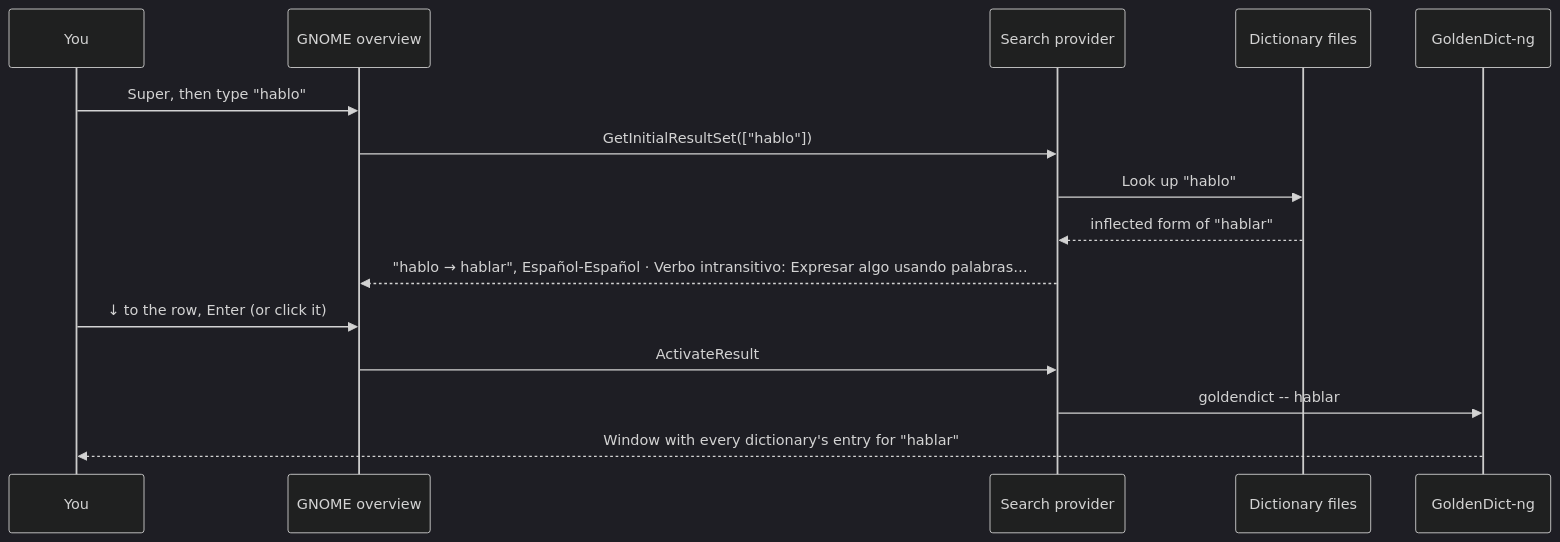
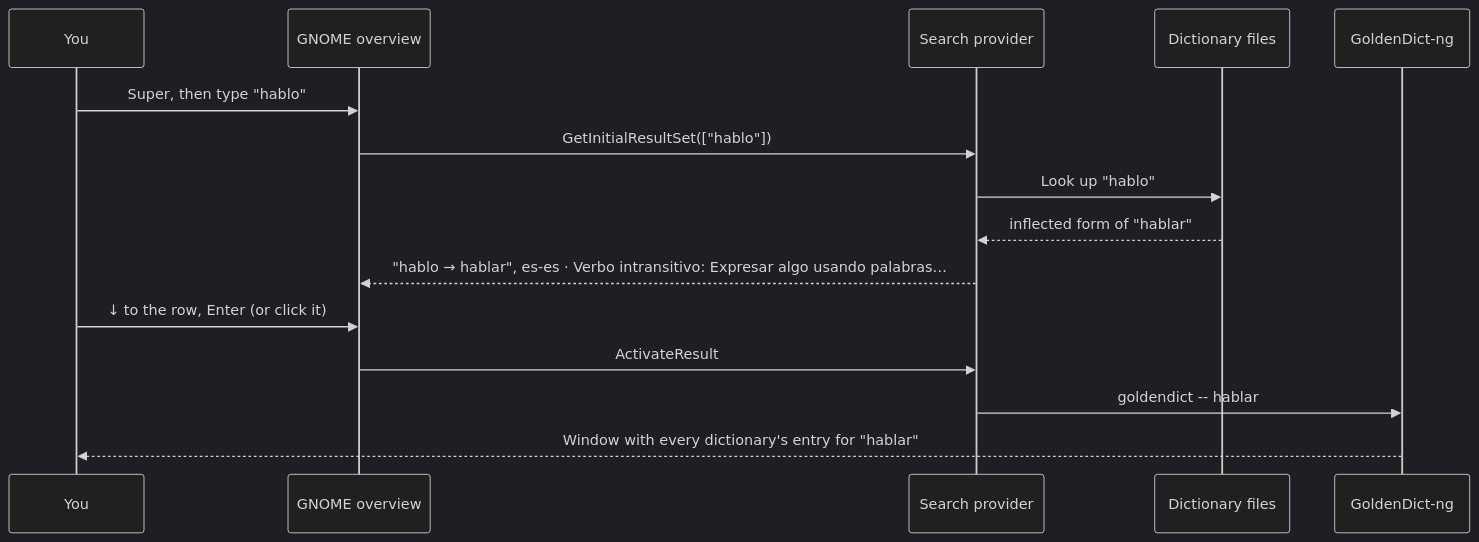
One commit to Toldry/zenbook-duo-linux-guide changed the diagram in DICTIONARY-SEARCH.md. Above: the diagram before and after it, drawn with Mermaid (dark theme). The commit also changed other lines of this file and 1 other file, not shown here.

````diff
--- a/DICTIONARY-SEARCH.md
+++ b/DICTIONARY-SEARCH.md
@@ -44,17 +44,17 @@
 ```mermaid
 sequenceDiagram
     participant You
     participant GNOME as GNOME overview
     participant P as Search provider
     participant D as Dictionary files
     participant GD as GoldenDict-ng
     You->>GNOME: Super, then type "hablo"
     GNOME->>P: GetInitialResultSet(["hablo"])
     P->>D: Look up "hablo"
     D-->>P: inflected form of "hablar"
-    P-->>GNOME: "hablo → hablar", Español-Español · Verbo intransitivo: Expresar algo usando palabras…
+    P-->>GNOME: "hablo → hablar", es-es · Verbo intransitivo: Expresar algo usando palabras…
     You->>GNOME: ↓ to the row, Enter (or click it)
     GNOME->>P: ActivateResult
     P->>GD: goldendict -- hablar
     GD-->>You: Window with every dictionary's entry for "hablar"
 ```
````
